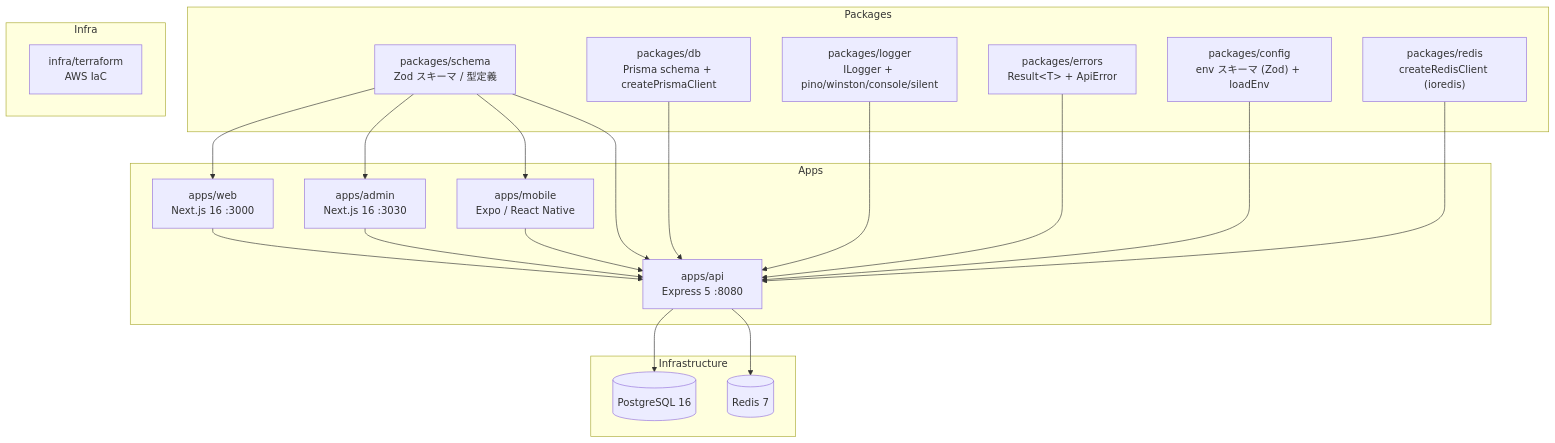
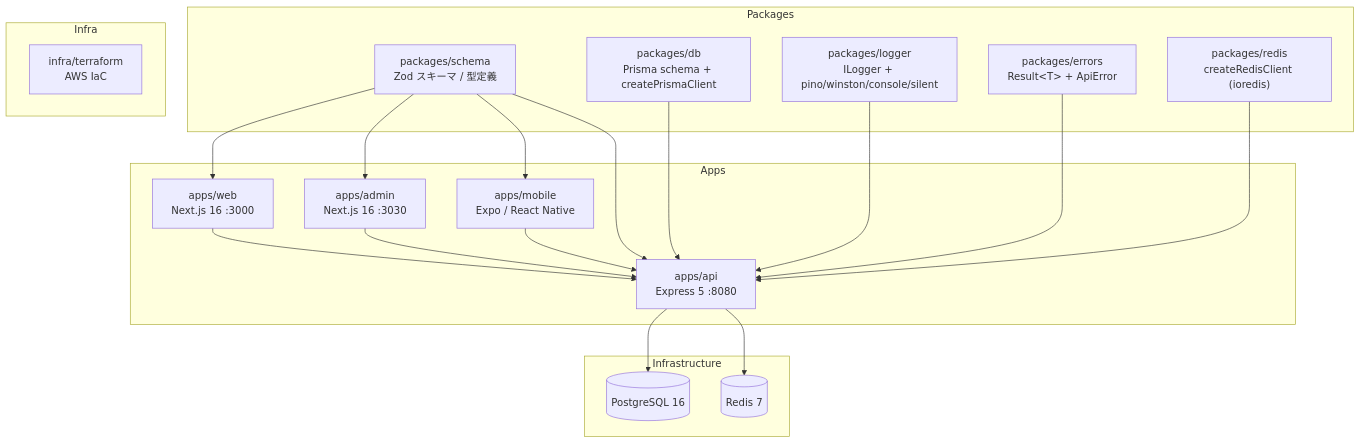
Before and after one commit to kentakki416/project-template: the diagram in README.md, drawn with Mermaid. The commit also changed 22 other files, not shown here.

````diff
--- a/README.md
+++ b/README.md
@@ -25,42 +25,40 @@
 ```mermaid
 graph TB
     subgraph Apps
         Web["apps/web<br/>Next.js 16 :3000"]
         Admin["apps/admin<br/>Next.js 16 :3030"]
         Mobile["apps/mobile<br/>Expo / React Native"]
         API["apps/api<br/>Express 5 :8080"]
     end
 
     subgraph Packages
         Schema["packages/schema<br/>Zod スキーマ / 型定義"]
         DB["packages/db<br/>Prisma schema + createPrismaClient"]
         Logger["packages/logger<br/>ILogger + pino/winston/console/silent"]
         Errors["packages/errors<br/>Result&lt;T&gt; + ApiError"]
-        Config["packages/config<br/>env スキーマ (Zod) + loadEnv"]
         RedisPkg["packages/redis<br/>createRedisClient (ioredis)"]
     end
 
     subgraph Infra
         Terraform["infra/terraform<br/>AWS IaC"]
     end
 
     subgraph Infrastructure
         PostgreSQL[(PostgreSQL 16)]
         Redis[(Redis 7)]
     end
 
     Web --> API
     Admin --> API
     Mobile --> API
     API --> PostgreSQL
     API --> Redis
     Schema --> Web
     Schema --> Admin
     Schema --> Mobile
     Schema --> API
     DB --> API
     Logger --> API
     Errors --> API
-    Config --> API
     RedisPkg --> API
 ```
````
